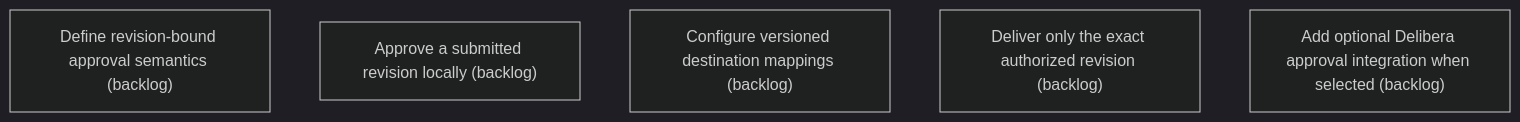
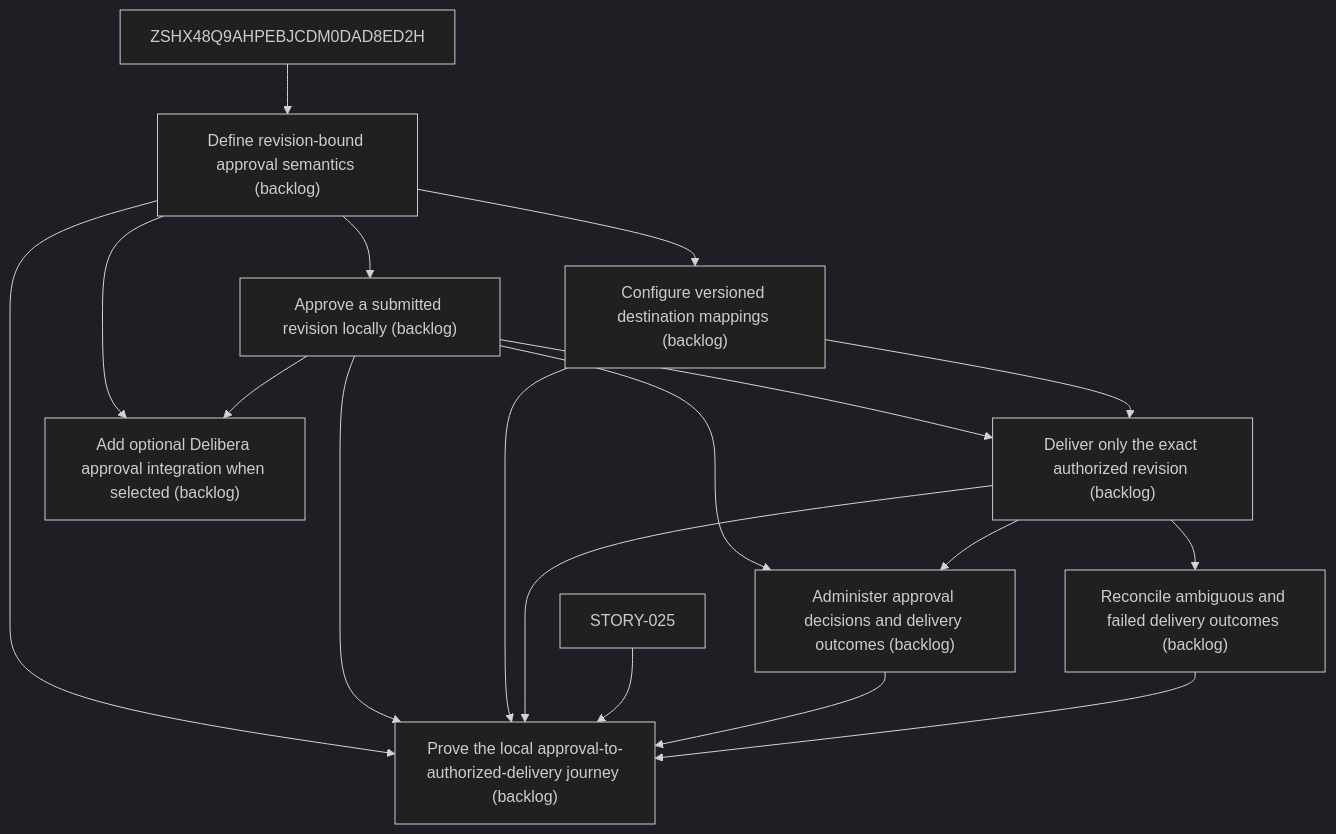
The diagram in .skyhook/plan/epics/NNEY4EH15NKW1PZK4G75T8CJ99.md (asadayoub/Evidentia), drawn with Mermaid (dark theme) before and after one commit. The commit also changed other lines of this file and 50 other files, not shown here.

Commit message:
chore(skyhook): establish full product story roadmap

````diff
--- a/.skyhook/plan/epics/NNEY4EH15NKW1PZK4G75T8CJ99.md
+++ b/.skyhook/plan/epics/NNEY4EH15NKW1PZK4G75T8CJ99.md
@@ -24,8 +27,28 @@
 ```mermaid
 flowchart TD
     ACCCV50MZW87EEEPS6Y1HXGNAZ["Define revision-bound approval semantics (backlog)"]
+    ZSHX48Q9AHPEBJCDM0DAD8ED2H --> ACCCV50MZW87EEEPS6Y1HXGNAZ
     7GZK6H8HR3XKPQ94Q89N85WH0Q["Approve a submitted revision locally (backlog)"]
+    ACCCV50MZW87EEEPS6Y1HXGNAZ --> 7GZK6H8HR3XKPQ94Q89N85WH0Q
     1A43QS6QGZ4YWH5FG25XZWYEH2["Configure versioned destination mappings (backlog)"]
+    ACCCV50MZW87EEEPS6Y1HXGNAZ --> 1A43QS6QGZ4YWH5FG25XZWYEH2
     CDSSWKJ0X91XHKD7X3Q8XHXKE5["Deliver only the exact authorized revision (backlog)"]
+    7GZK6H8HR3XKPQ94Q89N85WH0Q --> CDSSWKJ0X91XHKD7X3Q8XHXKE5
+    1A43QS6QGZ4YWH5FG25XZWYEH2 --> CDSSWKJ0X91XHKD7X3Q8XHXKE5
     R26DFKYKFWHH981YK1QJEM18WN["Add optional Delibera approval integration when selected (backlog)"]
+    ACCCV50MZW87EEEPS6Y1HXGNAZ --> R26DFKYKFWHH981YK1QJEM18WN
+    7GZK6H8HR3XKPQ94Q89N85WH0Q --> R26DFKYKFWHH981YK1QJEM18WN
+    STORY-026["Administer approval decisions and delivery outcomes (backlog)"]
+    7GZK6H8HR3XKPQ94Q89N85WH0Q --> STORY-026
+    CDSSWKJ0X91XHKD7X3Q8XHXKE5 --> STORY-026
+    STORY-027["Reconcile ambiguous and failed delivery outcomes (backlog)"]
+    CDSSWKJ0X91XHKD7X3Q8XHXKE5 --> STORY-027
+    STORY-028["Prove the local approval-to-authorized-delivery journey (backlog)"]
+    ACCCV50MZW87EEEPS6Y1HXGNAZ --> STORY-028
+    7GZK6H8HR3XKPQ94Q89N85WH0Q --> STORY-028
+    1A43QS6QGZ4YWH5FG25XZWYEH2 --> STORY-028
+    CDSSWKJ0X91XHKD7X3Q8XHXKE5 --> STORY-028
+    STORY-025 --> STORY-028
+    STORY-026 --> STORY-028
+    STORY-027 --> STORY-028
 ```
````
